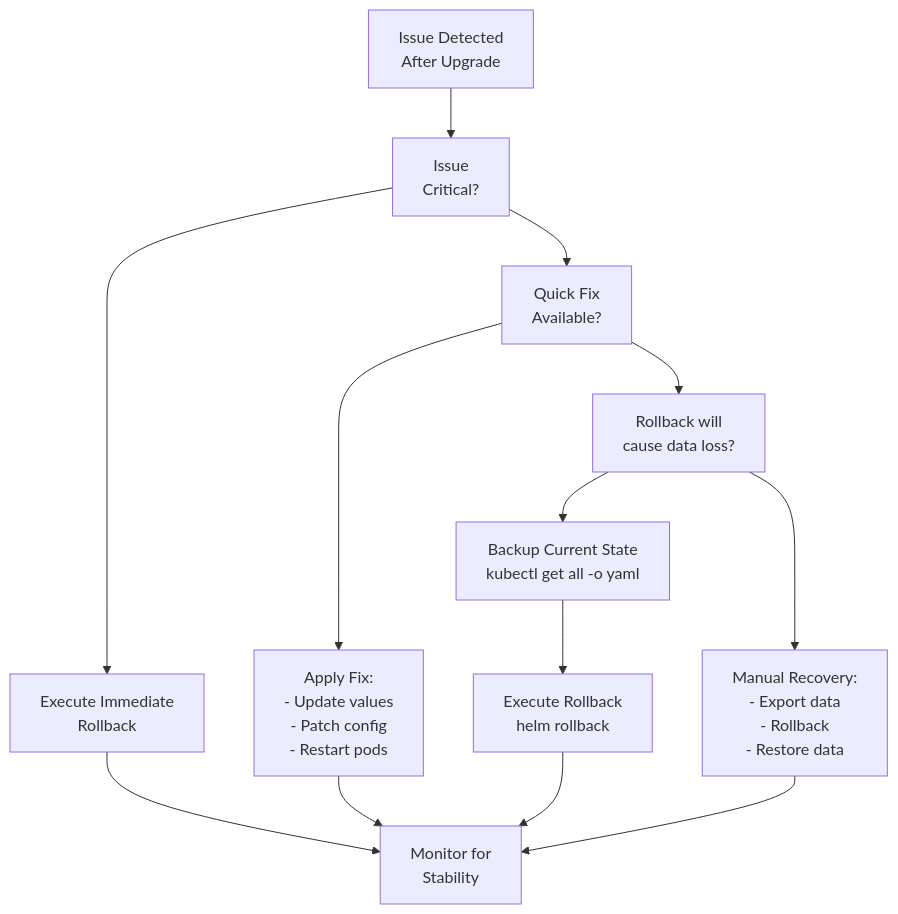
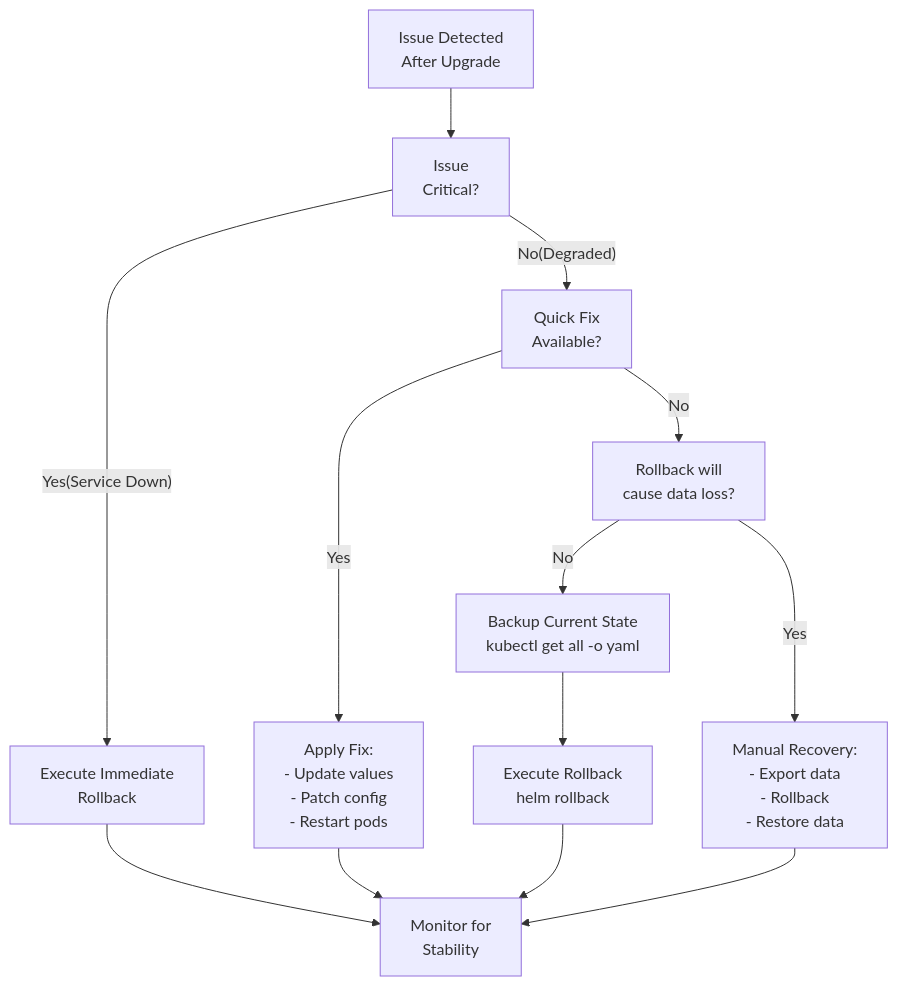
One commit to openchoreo/openchoreo changed the fourth of 4 diagrams in docs/hyperdxio-helm-charts-docs/Upgrading.md. Above: the diagram before and after it, drawn with Mermaid. The commit also changed other lines of this file and 85 other files, not shown here.

Commit message:
feat: Add new workflow and specification templates, update Helm chart dependencies, and clarify documentation diagrams.

````diff
--- a/docs/hyperdxio-helm-charts-docs/Upgrading.md
+++ b/docs/hyperdxio-helm-charts-docs/Upgrading.md
@@ -491,27 +491,27 @@
 ```mermaid
 flowchart TD
 
 Issue["Issue Detected<br>After Upgrade"]
 Critical["Issue<br>Critical?"]
 QuickFix["Quick Fix<br>Available?"]
 DataLoss["Rollback will<br>cause data loss?"]
 RollbackNow["Execute Immediate<br>Rollback"]
 Backup["Backup Current State<br>kubectl get all -o yaml"]
 RollbackSafe["Execute Rollback<br>helm rollback"]
 ApplyFix["Apply Fix:<br>- Update values<br>- Patch config<br>- Restart pods"]
 ManualFix["Manual Recovery:<br>- Export data<br>- Rollback<br>- Restore data"]
 Monitor["Monitor for<br>Stability"]
 
 Issue --> Critical
-Critical --> RollbackNow
-Critical --> QuickFix
-QuickFix --> ApplyFix
-QuickFix --> DataLoss
-DataLoss --> Backup
-DataLoss --> ManualFix
+Critical -->|"Yes(Service Down)"| RollbackNow
+Critical -->|"No(Degraded)"| QuickFix
+QuickFix -->|"Yes"| ApplyFix
+QuickFix -->|"No"| DataLoss
+DataLoss -->|"No"| Backup
+DataLoss -->|"Yes"| ManualFix
 Backup --> RollbackSafe
 RollbackNow --> Monitor
 RollbackSafe --> Monitor
 ApplyFix --> Monitor
 ManualFix --> Monitor
 ```
````
